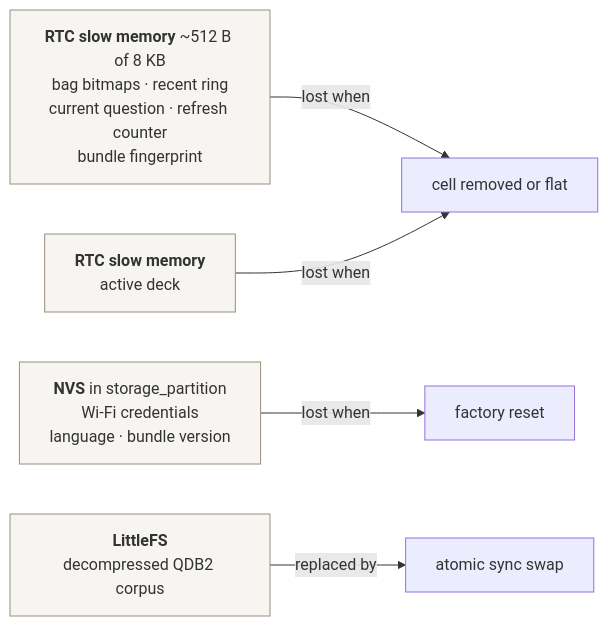
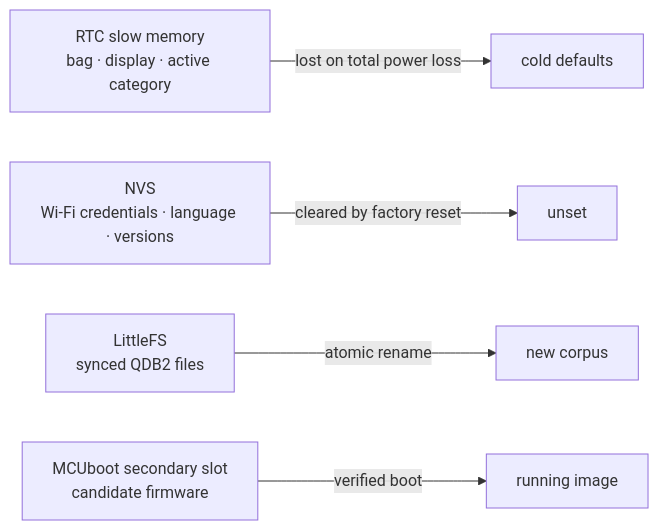
One commit to giacomomellone/cicala changed the eighth of 9 diagrams in docs/firmware_architecture.md. Above: the diagram before and after it, drawn with Mermaid. The commit also changed other lines of this file and 259 other files, not shown here.

````diff
--- a/docs/firmware_architecture.md
+++ b/docs/firmware_architecture.md
@@ -953,22 +348,7 @@
 ```mermaid
 flowchart LR
-    RTC["`**RTC slow memory** ~512 B of 8 KB
-    bag bitmaps · recent ring
-    current question · refresh counter
-    bundle fingerprint`"]
-    NVS["`**NVS** in storage_partition
-    Wi-Fi credentials
-    language · bundle version`"]
-    LFS["`**LittleFS**
-    decompressed QDB2 corpus`"]
-    ACT["`**RTC slow memory**
-    active deck`"]
-
-    RTC -- lost when --> B1[cell removed or flat]
-    NVS -- lost when --> B2[factory reset]
-    LFS -- replaced by --> B3[atomic sync swap]
-    ACT -- lost when --> B1
-
-    classDef k fill:#f7f5f1,stroke:#9a8f7d
-    class RTC,NVS,LFS,ACT k
+    RTC[RTC slow memory<br/>bag · display · active category] -->|lost on total power loss| COLD[cold defaults]
+    NVS[NVS<br/>Wi-Fi credentials · language · versions] -->|cleared by factory reset| EMPTY[unset]
+    LFS[LittleFS<br/>synced QDB2 files] -->|atomic rename| NEW[new corpus]
+    SLOT[MCUboot secondary slot<br/>candidate firmware] -->|verified boot| APP[running image]
 ```
````
